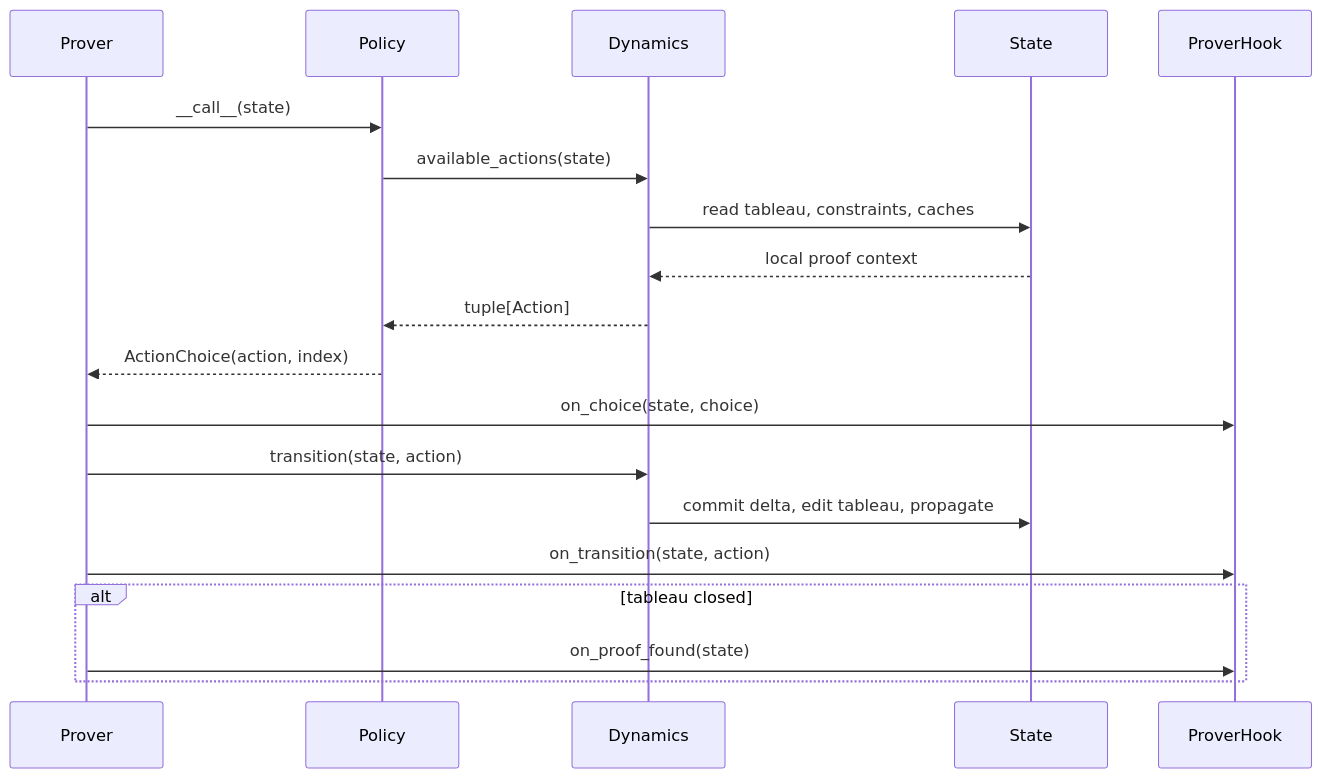
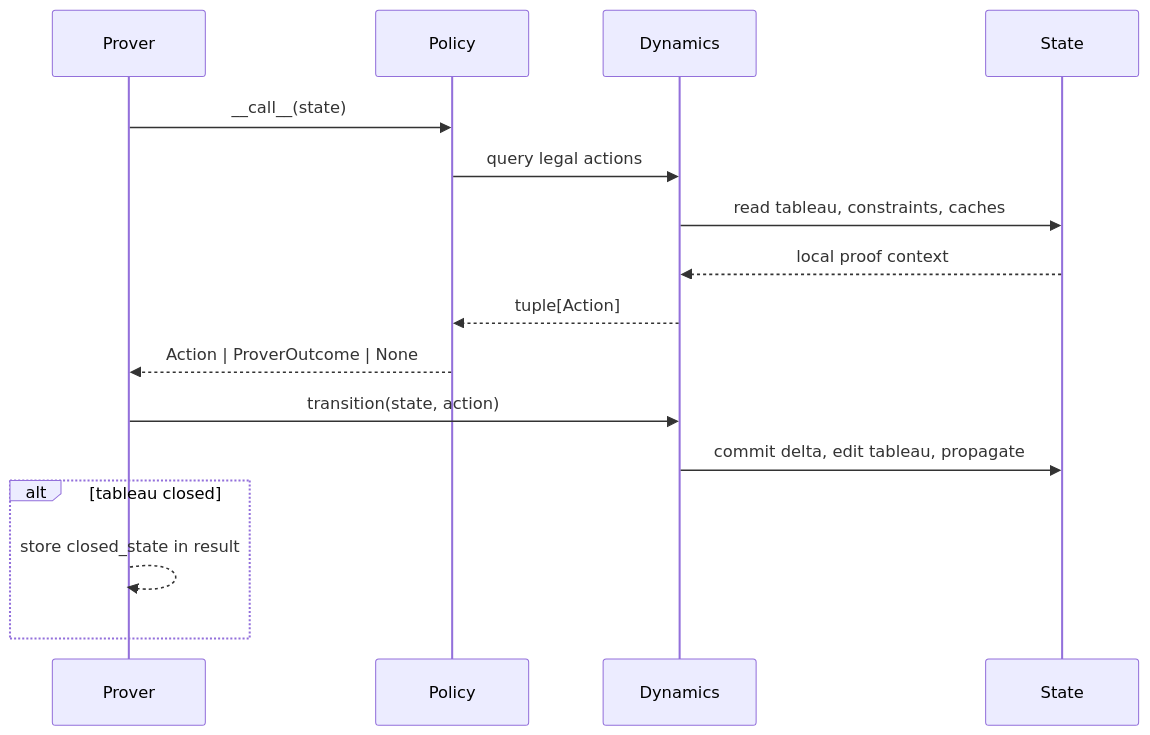
The diagram in docs/src/state-dynamics.md (fredrrom/connections), drawn with Mermaid before and after one commit. The commit also changed other lines of this file and 103 other files, not shown here.

````diff
--- a/docs/src/state-dynamics.md
+++ b/docs/src/state-dynamics.md
@@ -16,22 +16,19 @@
 ```mermaid
 sequenceDiagram
     participant R as Prover
     participant P as Policy
     participant D as Dynamics
     participant S as State
-    participant H as ProverHook
 
     R->>P: __call__(state)
-    P->>D: available_actions(state)
+    P->>D: query legal actions
     D->>S: read tableau, constraints, caches
     S-->>D: local proof context
     D-->>P: tuple[Action]
-    P-->>R: ActionChoice(action, index)
-    R->>H: on_choice(state, choice)
+    P-->>R: Action | ProverOutcome | None
     R->>D: transition(state, action)
     D->>S: commit delta, edit tableau, propagate
-    R->>H: on_transition(state, action)
     alt tableau closed
-        R->>H: on_proof_found(state)
+        R-->>R: store closed_state in result
     end
 ```
````
